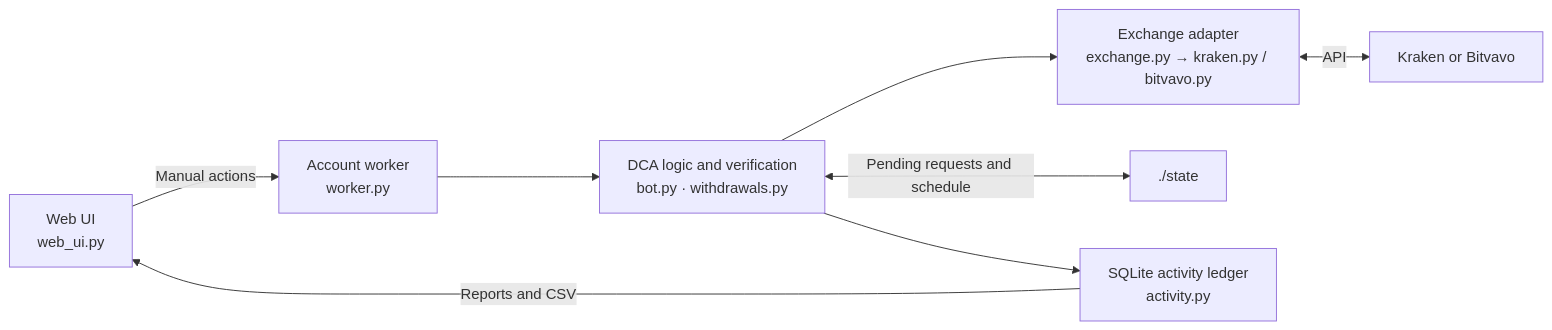
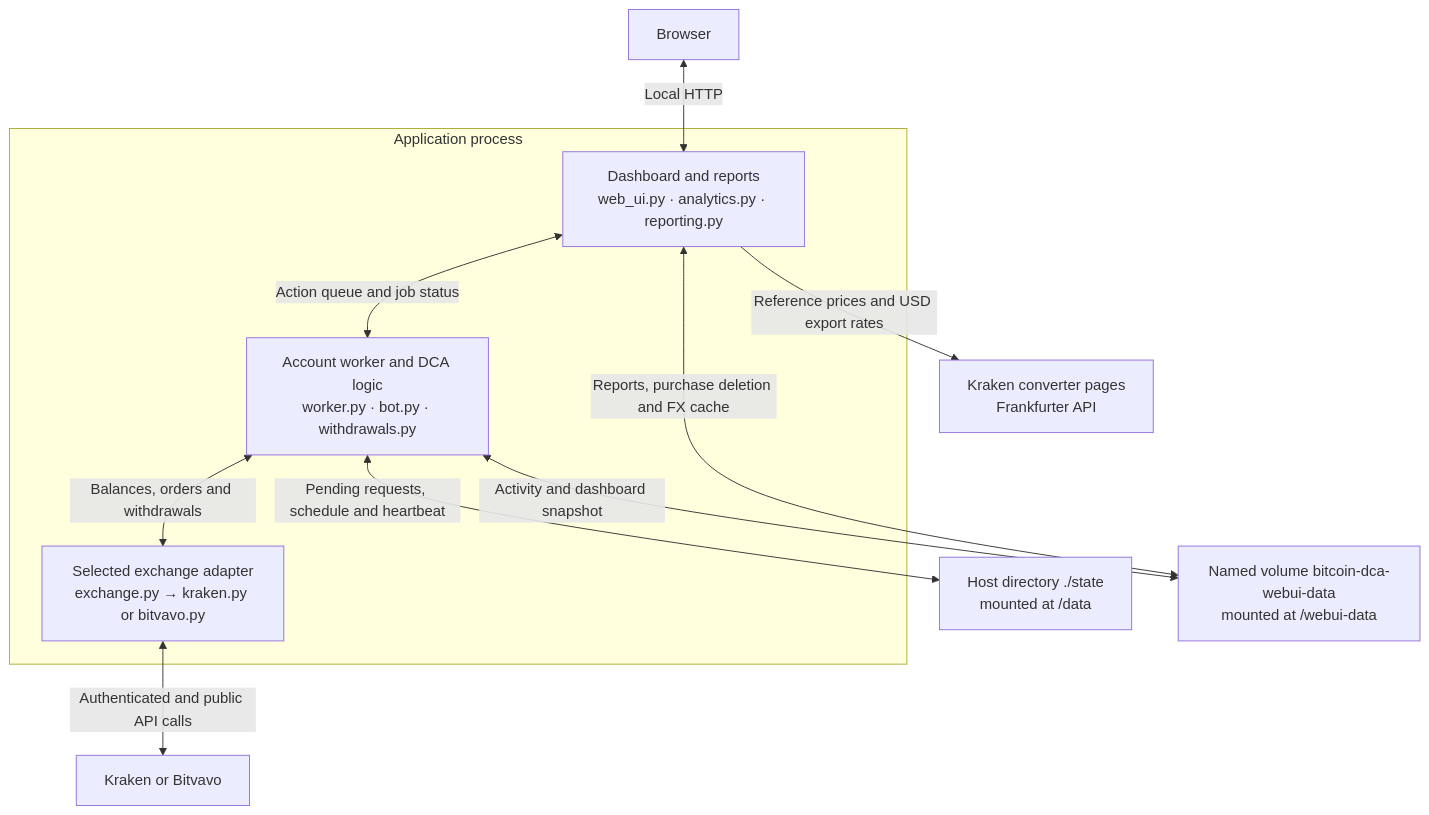
The diagram in README.md (lvrbschff/docker-bitcoin-dca), drawn with Mermaid before and after one commit. The commit also changed other lines of this file, not shown here.

Commit message:
Correct architecture diagram to show shared storage, public data sources and process boundaries

````diff
--- a/README.md
+++ b/README.md
@@ -194,10 +194,16 @@
 ```mermaid
-flowchart LR
-    UI["Web UI<br/>web_ui.py"] -->|Manual actions| Worker["Account worker<br/>worker.py"]
-    Worker --> Bot["DCA logic and verification<br/>bot.py · withdrawals.py"]
-    Bot --> Adapter["Exchange adapter<br/>exchange.py → kraken.py / bitvavo.py"]
-    Adapter <-->|API| Exchange["Kraken or Bitvavo"]
-    Bot <-->|Pending requests and schedule| State["./state"]
-    Bot --> Ledger["SQLite activity ledger<br/>activity.py"]
-    Ledger -->|Reports and CSV| UI
+flowchart TB
+    Browser["Browser"] <-->|Local HTTP| Web
+    subgraph App["Application process"]
+        Web["Dashboard and reports<br/>web_ui.py · analytics.py · reporting.py"]
+        Worker["Account worker and DCA logic<br/>worker.py · bot.py · withdrawals.py"]
+        Adapter["Selected exchange adapter<br/>exchange.py → kraken.py or bitvavo.py"]
+        Web <-->|Action queue and job status| Worker
+        Worker <-->|Balances, orders and withdrawals| Adapter
+    end
+    Adapter <-->|Authenticated and public API calls| Exchange["Kraken or Bitvavo"]
+    Web -->|Reference prices and USD export rates| Sources["Kraken converter pages<br/>Frankfurter API"]
+    Worker <-->|Pending requests, schedule and heartbeat| State["Host directory ./state<br/>mounted at /data"]
+    Worker <-->|Activity and dashboard snapshot| Data["Named volume bitcoin-dca-webui-data<br/>mounted at /webui-data"]
+    Web <-->|Reports, purchase deletion and FX cache| Data
 ```
````
